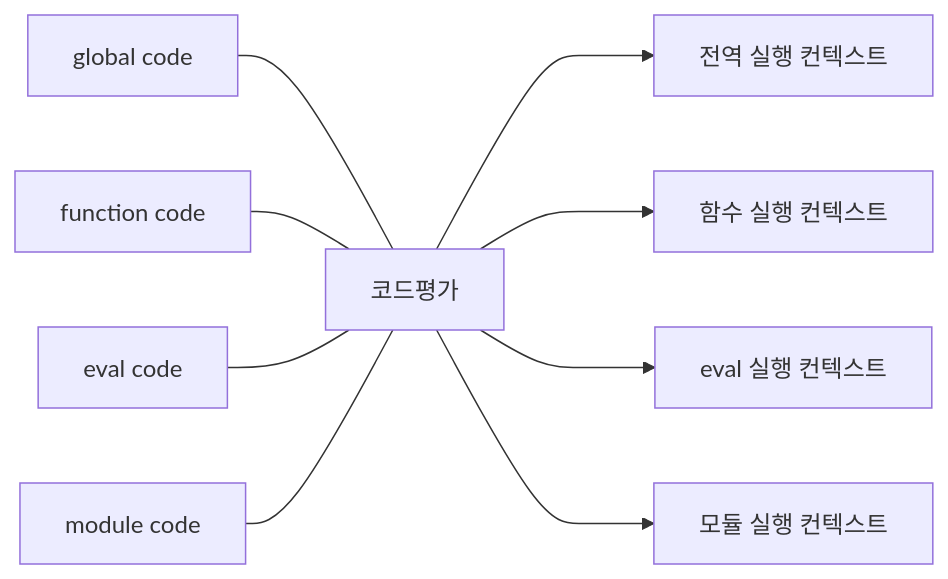
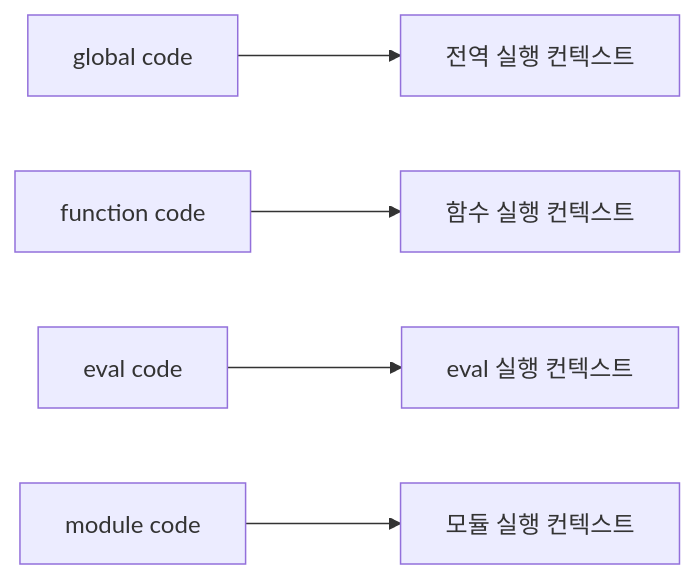
Before and after one commit to LeeHyeongTae/js_deepdive_study: the diagram in src/23 실행 컨텍스트/23 실행 컨텍스트.md, drawn with Mermaid.

Commit message:
Update 23 실행 컨텍스트.md

````diff
--- a/src/23 실행 컨텍스트/23 실행 컨텍스트.md
+++ b/src/23 실행 컨텍스트/23 실행 컨텍스트.md
@@ -39,16 +39,16 @@
 ```mermaid
 flowchart LR
   code1[global code]
   code2[function code]
   code3[eval code]
   code4[module code]
   cont1[전역 실행 컨텍스트]
   cont2[함수 실행 컨텍스트]
   cont3[eval 실행 컨텍스트]
   cont4[모듈 실행 컨텍스트]
   
-  code1 ---코드평가---> cont1
-  code2 ---코드평가---> cont2
-  code3 ---코드평가---> cont3
-  code4 ---코드평가---> cont4
+  code1 ---> cont1
+  code2 ---> cont2
+  code3 ---> cont3
+  code4 ---> cont4
  ```
````
